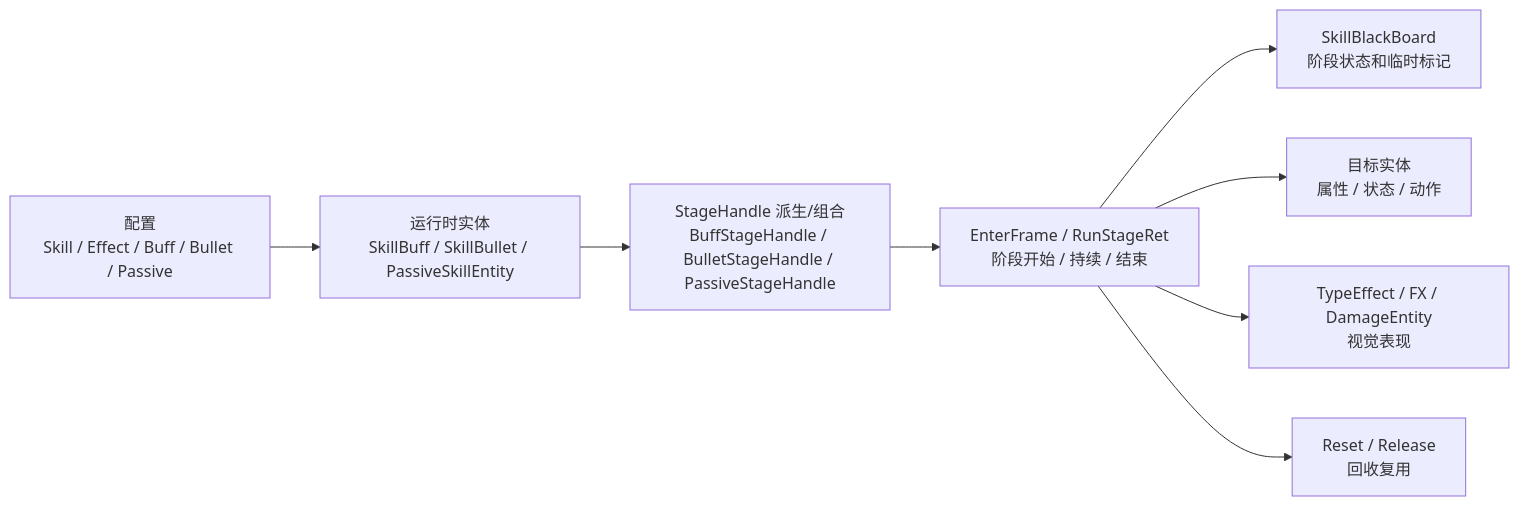
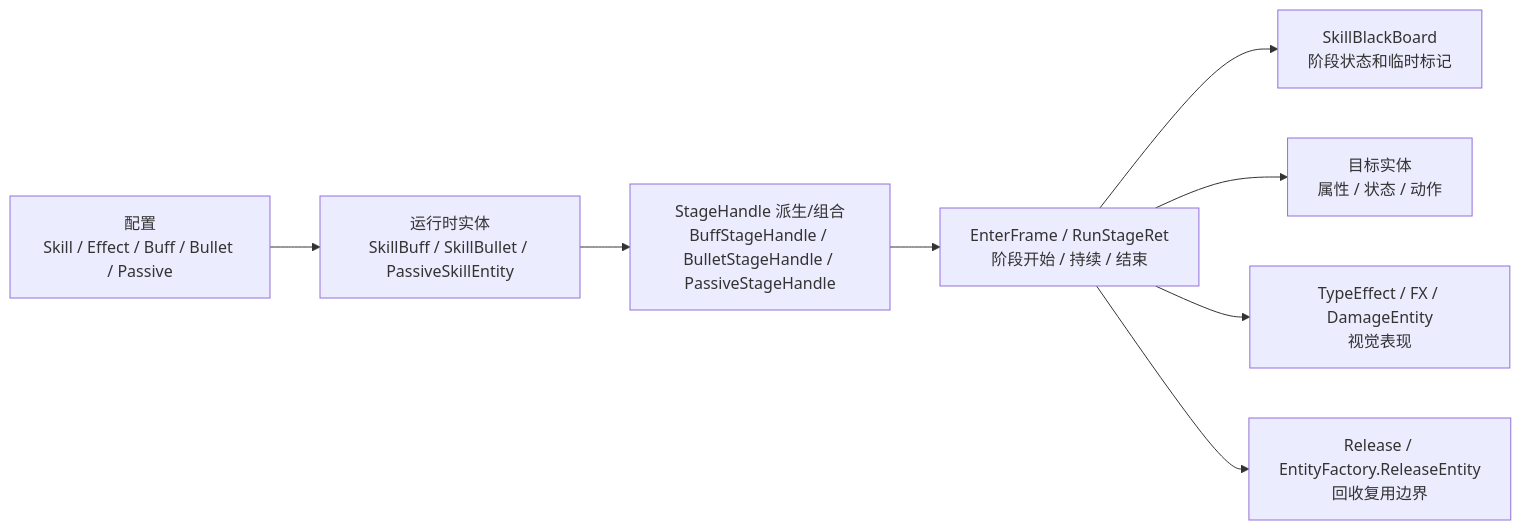
Before and after one commit to BoyLei/Stars: the fourth of 4 diagrams in diagrams/battle/BATTLE_FRAMEWORK_ARCHITECTURE.md, drawn with Mermaid. The commit also changed other lines of this file and 18 other files, not shown here.

````diff
--- a/diagrams/battle/BATTLE_FRAMEWORK_ARCHITECTURE.md
+++ b/diagrams/battle/BATTLE_FRAMEWORK_ARCHITECTURE.md
@@ -179,10 +185,10 @@
 ```mermaid
 flowchart LR
     Config["配置<br/>Skill / Effect / Buff / Bullet / Passive"] --> RuntimeEntity["运行时实体<br/>SkillBuff / SkillBullet / PassiveSkillEntity"]
     RuntimeEntity --> Handle["StageHandle 派生/组合<br/>BuffStageHandle / BulletStageHandle / PassiveStageHandle"]
     Handle --> Tick["EnterFrame / RunStageRet<br/>阶段开始 / 持续 / 结束"]
     Tick --> Blackboard["SkillBlackBoard<br/>阶段状态和临时标记"]
     Tick --> Entity["目标实体<br/>属性 / 状态 / 动作"]
     Tick --> Visual["TypeEffect / FX / DamageEntity<br/>视觉表现"]
-    Tick --> Release["Reset / Release<br/>回收复用"]
+    Tick --> Release["Release / EntityFactory.ReleaseEntity<br/>回收复用边界"]
 ```
````
